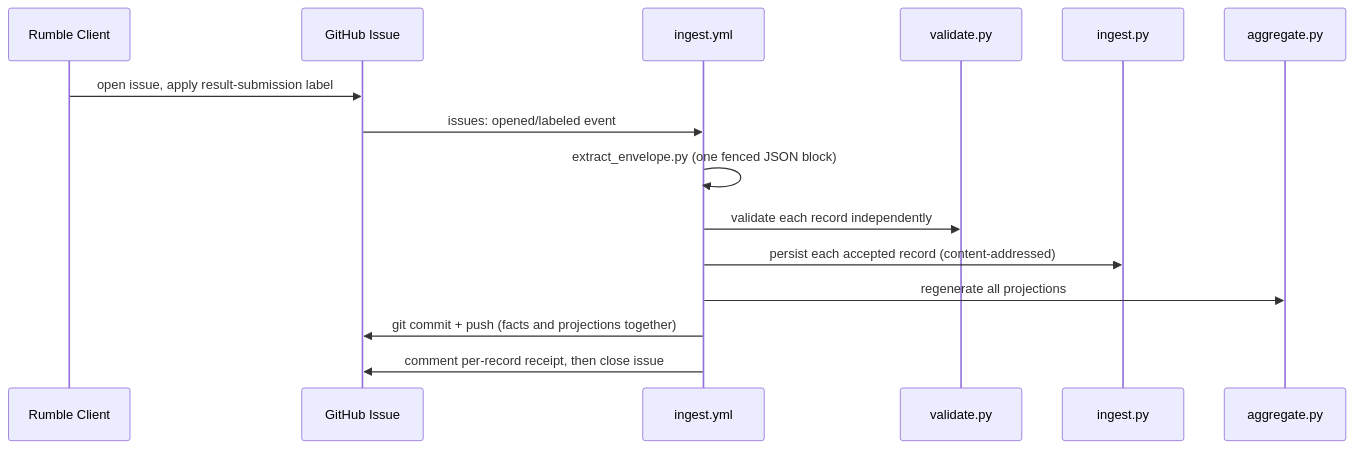
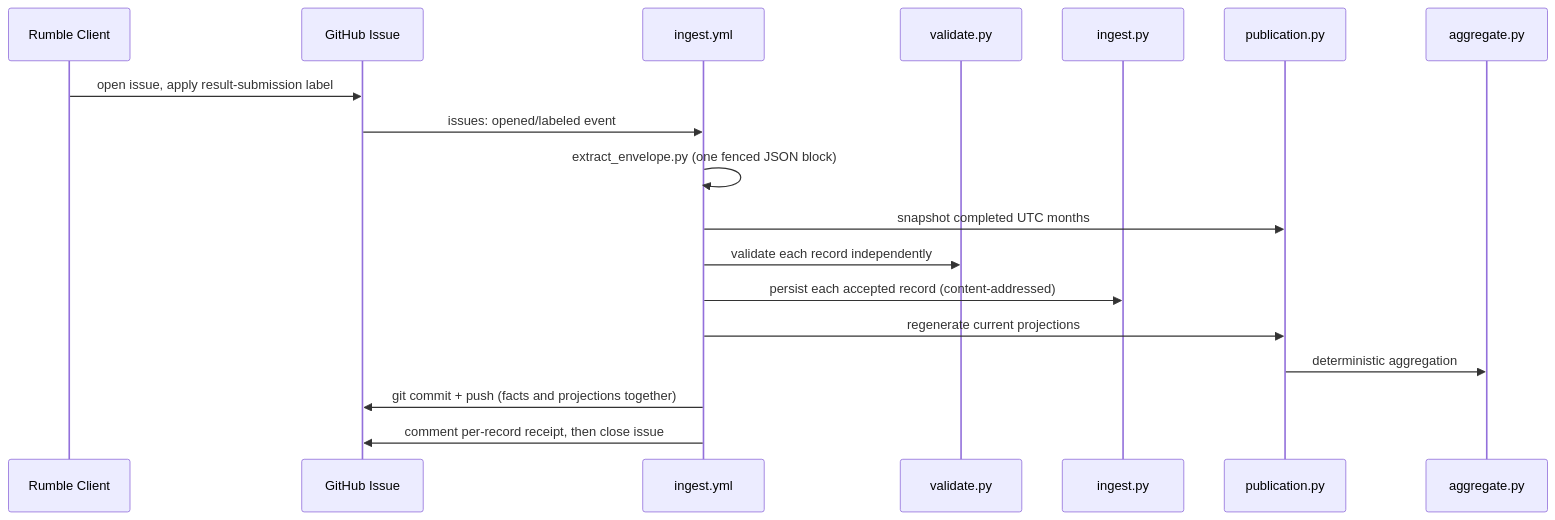
Before and after one commit to robocode-dev/rumble-data: the diagram in docs/design/README.md, drawn with Mermaid. The commit also changed other lines of this file and 32 other files, not shown here.

````diff
--- a/docs/design/README.md
+++ b/docs/design/README.md
@@ -9,17 +9,20 @@
 ```mermaid
 sequenceDiagram
     participant Client as Rumble Client
     participant GH as GitHub Issue
     participant WF as ingest.yml
     participant Val as validate.py
     participant Ing as ingest.py
+    participant Pub as publication.py
     participant Agg as aggregate.py
     Client->>GH: open issue, apply result-submission label
     GH->>WF: issues: opened/labeled event
     WF->>WF: extract_envelope.py (one fenced JSON block)
+    WF->>Pub: snapshot completed UTC months
     WF->>Val: validate each record independently
     WF->>Ing: persist each accepted record (content-addressed)
-    WF->>Agg: regenerate all projections
+    WF->>Pub: regenerate current projections
+    Pub->>Agg: deterministic aggregation
     WF->>GH: git commit + push (facts and projections together)
     WF->>GH: comment per-record receipt, then close issue
 ```
````
